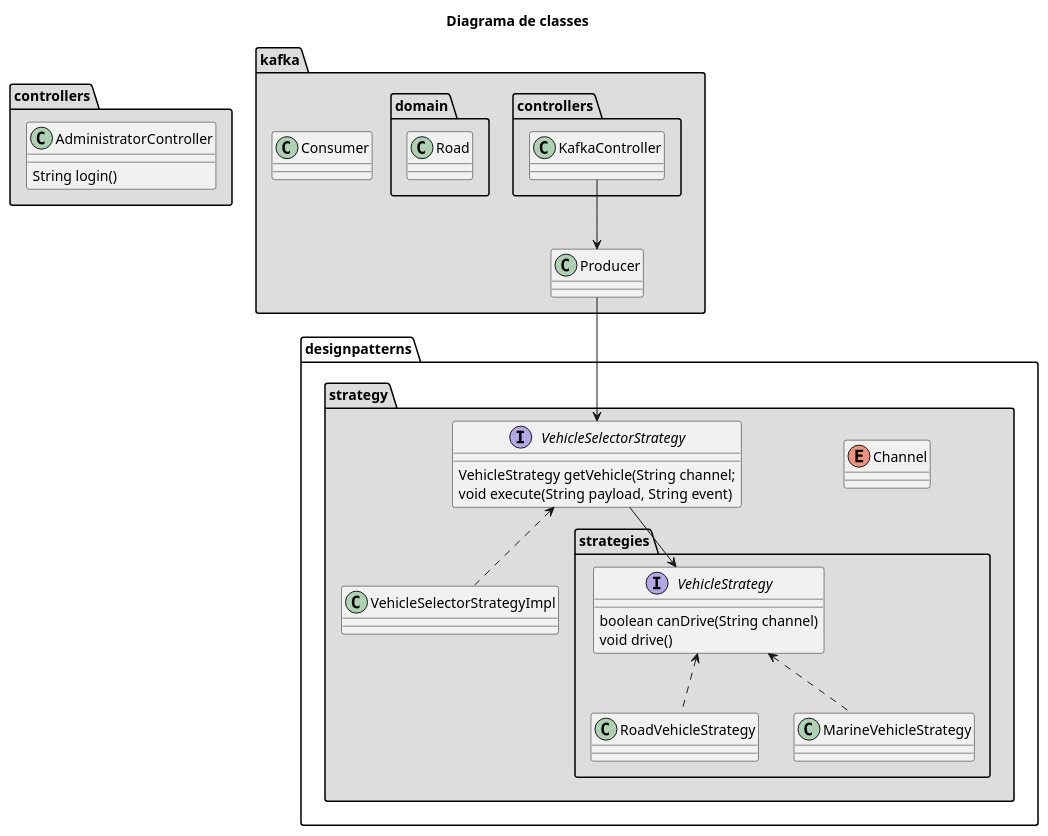
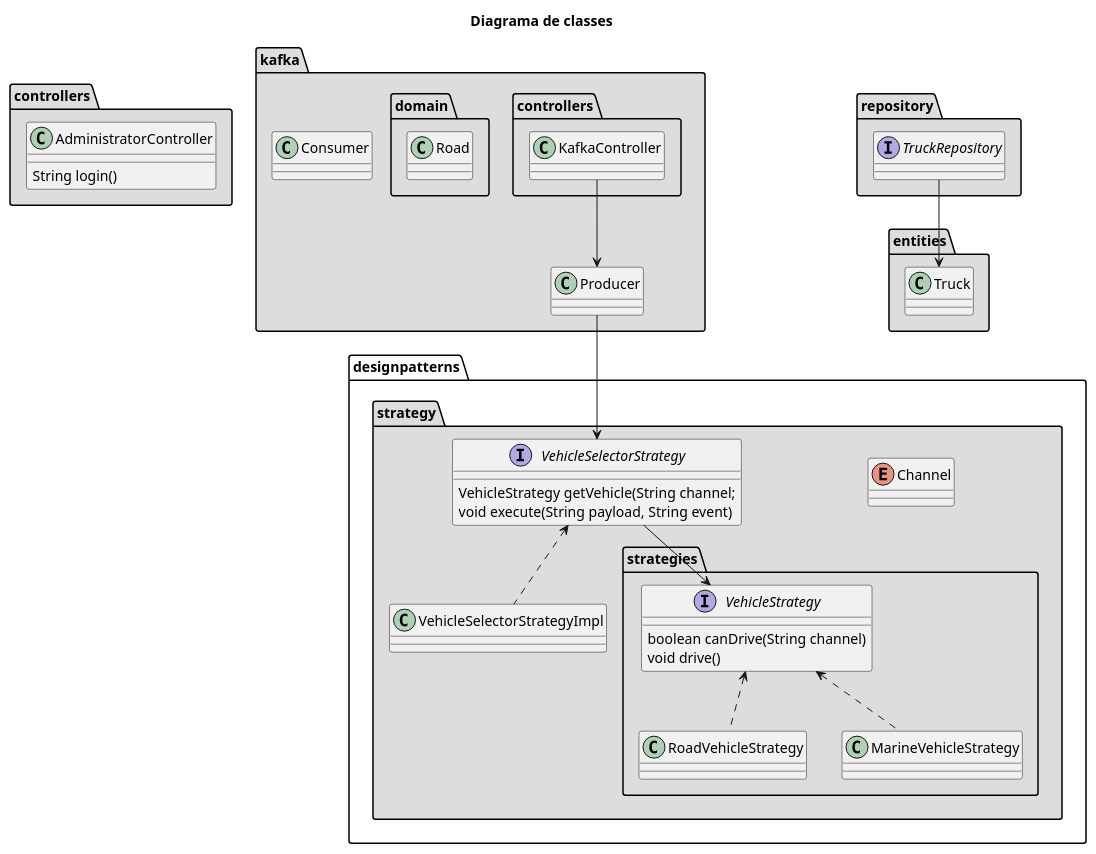
Before and after one commit to renatabrasil/ninja-fabric-sail: the diagram in docs/diagrama_de_classes_alto_nivel.wsd, drawn with PlantUML.

Commit message:
Atualizando doc e diagrama

```diff
--- a/docs/diagrama_de_classes_alto_nivel.wsd
+++ b/docs/diagrama_de_classes_alto_nivel.wsd
@@ -1,53 +1,69 @@
 @startuml
 
 title Diagrama de classes
 
 package controllers #DDDDDD {
     class AdministratorController{
         String login()
     }
 }
 
 
 package designpatterns.strategy #DDDDDD {
     enum Channel{}
     interface VehicleSelectorStrategy{
         VehicleStrategy getVehicle(String channel;
         void execute(String payload, String event)
     }
     class VehicleSelectorStrategyImpl{}
 
     VehicleSelectorStrategy <.. VehicleSelectorStrategyImpl
 
     package designpatterns.strategy.strategies #DDDDDD {
         interface VehicleStrategy {
             boolean canDrive(String channel)
             void drive()
         }
         class RoadVehicleStrategy{}
         class MarineVehicleStrategy{}
 
         VehicleStrategy <.. RoadVehicleStrategy
         VehicleStrategy <.. MarineVehicleStrategy
     }
 
     VehicleSelectorStrategy --> VehicleStrategy
+
 }
+
+package repository #DDDDDD {
+    interface TruckRepository {
+        
+    }
+}
+
+
+package entities #DDDDDD {
+    class Truck {
+        
+    }
+}
+
+TruckRepository --> Truck
 
 package kafka #DDDDDD {
     class Consumer{}
     class Producer {}
 
     package kafka.controllers #DDDDDD {
         class KafkaController {}
     }
 
     package kafka.domain #DDDDDD {
         class Road {}
     }
 
     KafkaController --> Producer
     Producer --> VehicleSelectorStrategy
 }
 
 @enduml
```
